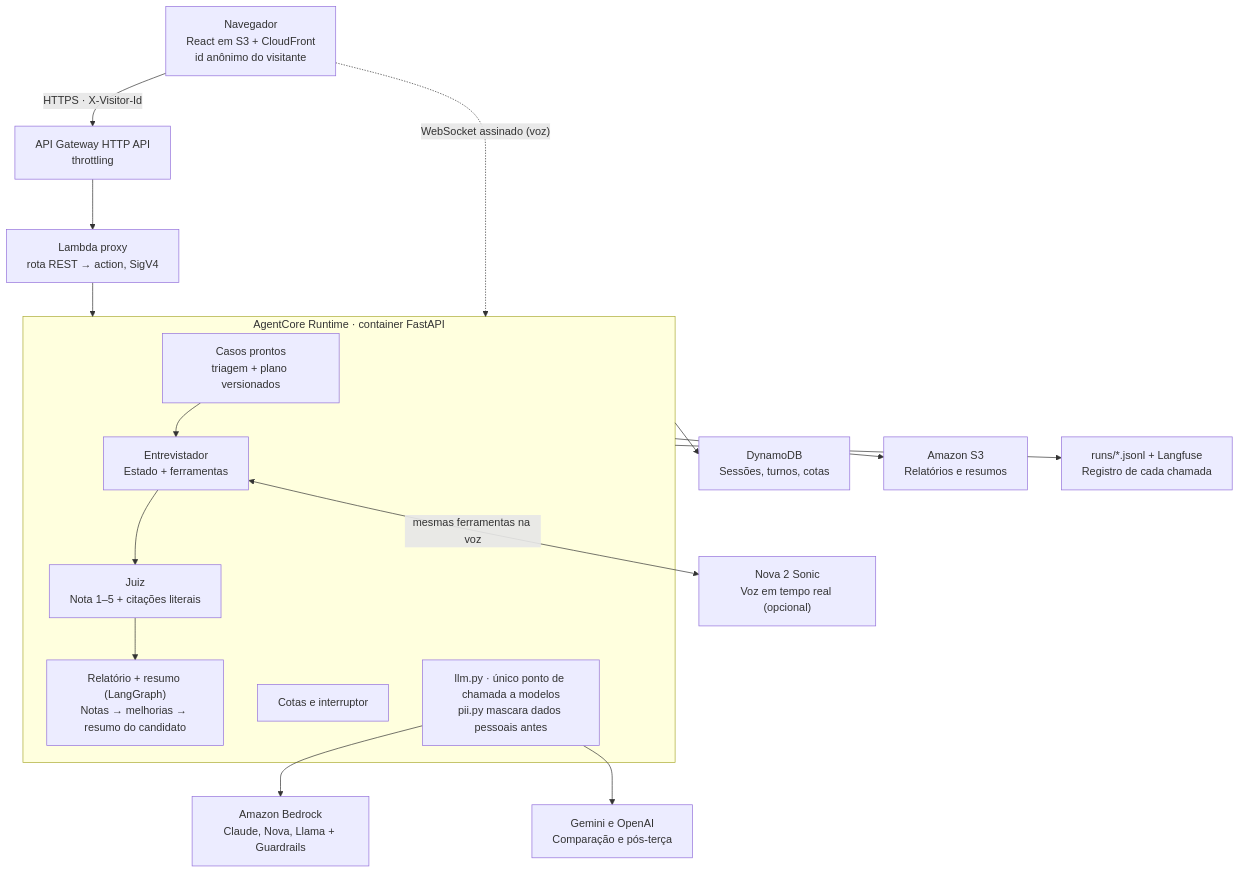
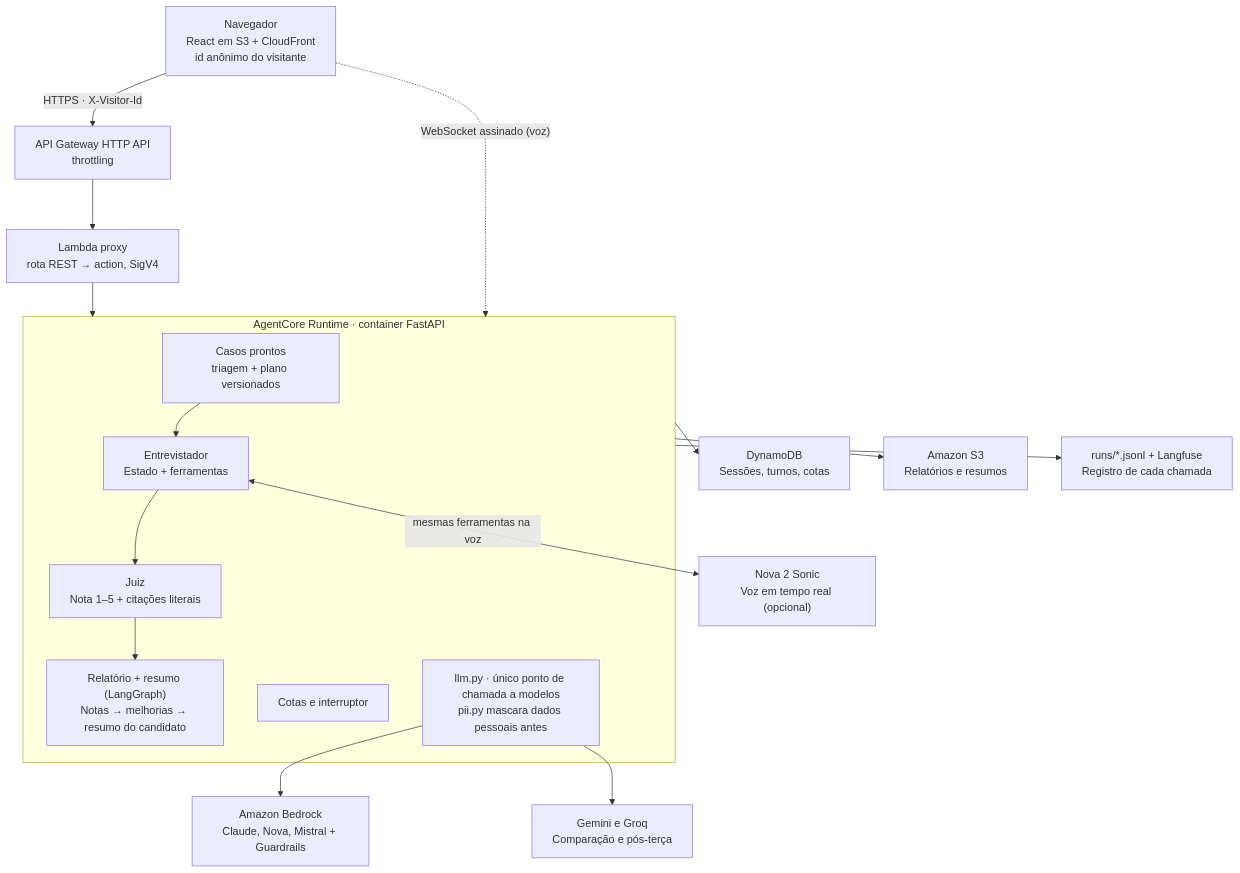
One commit to nemofromdreamland/mia changed the diagram in docs/TRD.md. Above: the diagram before and after it, drawn with Mermaid. The commit also changed other lines of this file and 4 other files, not shown here.

Commit message:
docs: swap Llama→Mistral Large 3 and OpenAI→Groq (free tiers only)

````diff
--- a/docs/TRD.md
+++ b/docs/TRD.md
@@ -23,22 +23,22 @@
 ```mermaid
 flowchart TB
     NAV["Navegador<br/>React em S3 + CloudFront<br/>id anônimo do visitante"] -- "HTTPS · X-Visitor-Id" --> APIGW["API Gateway HTTP API<br/>throttling"]
     APIGW --> PROXY["Lambda proxy<br/>rota REST → action, SigV4"]
     PROXY --> RT
     NAV -. "WebSocket assinado (voz)" .-> RT
 
     subgraph RT["AgentCore Runtime · container FastAPI"]
         CASES["Casos prontos<br/>triagem + plano versionados"] --> INT["Entrevistador<br/>Estado + ferramentas"]
         INT --> JUIZ["Juiz<br/>Nota 1–5 + citações literais"]
         JUIZ --> REL["Relatório + resumo (LangGraph)<br/>Notas → melhorias → resumo do candidato"]
         QUOTA["Cotas e interruptor"]
         LLM["llm.py · único ponto de chamada a modelos<br/>pii.py mascara dados pessoais antes"]
     end
 
     INT <-- "mesmas ferramentas na voz" --> SONIC["Nova 2 Sonic<br/>Voz em tempo real (opcional)"]
-    LLM --> BR["Amazon Bedrock<br/>Claude, Nova, Llama + Guardrails"]
-    LLM --> GO["Gemini e OpenAI<br/>Comparação e pós-terça"]
+    LLM --> BR["Amazon Bedrock<br/>Claude, Nova, Mistral + Guardrails"]
+    LLM --> GO["Gemini e Groq<br/>Comparação e pós-terça"]
     RT --> DDB["DynamoDB<br/>Sessões, turnos, cotas"]
     RT --> S3["Amazon S3<br/>Relatórios e resumos"]
     RT --> RUNS["runs/*.jsonl + Langfuse<br/>Registro de cada chamada"]
 ```
````
